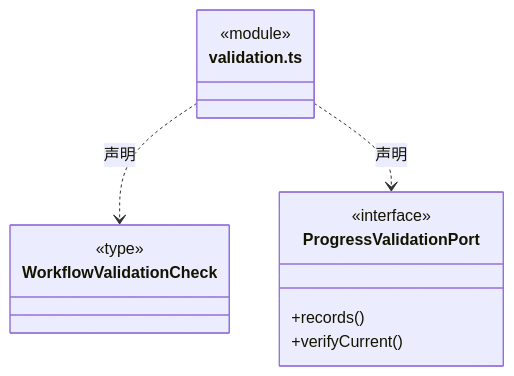
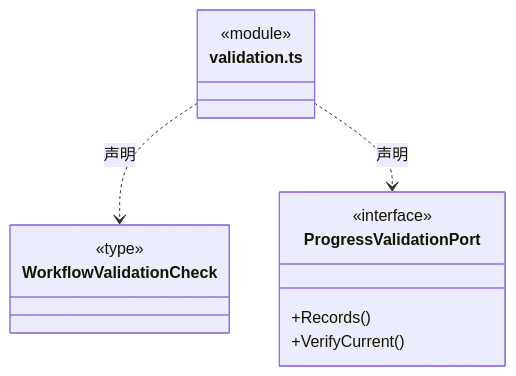
Before and after one commit to nan023062/cbim: diagram 31 of 46 in src/logic/evidence/rules/ARCHITECTURE.md, drawn with Mermaid. The commit also changed other lines of this file and 1035 other files, not shown here.

````diff
--- a/src/logic/evidence/rules/ARCHITECTURE.md
+++ b/src/logic/evidence/rules/ARCHITECTURE.md
@@ -661,17 +661,17 @@
 ```mermaid
 classDiagram
 class N_src_logic_evidence_rules_validation_ts["validation.ts"] {
   <<module>>
 }
 class N_src_logic_evidence_rules_validation_ts_WorkflowValidationCheck["WorkflowValidationCheck"] {
   <<type>>
 
 }
 N_src_logic_evidence_rules_validation_ts ..> N_src_logic_evidence_rules_validation_ts_WorkflowValidationCheck : 声明
 class N_src_logic_evidence_rules_validation_ts_ProgressValidationPort["ProgressValidationPort"] {
   <<interface>>
-  +records()
-  +verifyCurrent()
+  +Records()
+  +VerifyCurrent()
 }
 N_src_logic_evidence_rules_validation_ts ..> N_src_logic_evidence_rules_validation_ts_ProgressValidationPort : 声明
 ```
````
